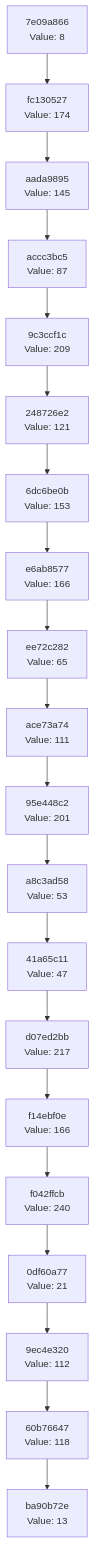
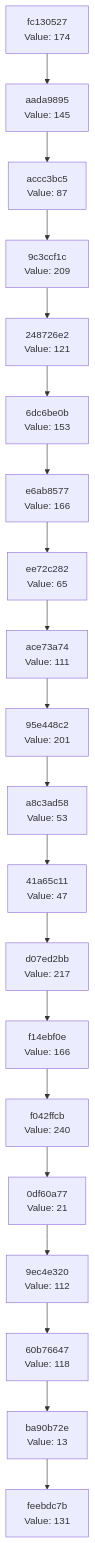
The diagram in docs/CHAIN_VISUALIZATION.md (Abhisheksinha1506/hash-chain-evolver), drawn with Mermaid before and after one commit. The commit also changed 1 other file, not shown here.

Commit message:
Evolution Step

````diff
--- a/docs/CHAIN_VISUALIZATION.md
+++ b/docs/CHAIN_VISUALIZATION.md
@@ -3,42 +3,42 @@
 ```mermaid
 graph TD
-    C0["ba90b72e<br/>Value: 13"]
-    C1["60b76647<br/>Value: 118"]
+    C0["feebdc7b<br/>Value: 131"]
+    C1["ba90b72e<br/>Value: 13"]
     C1 --> C0
-    C2["9ec4e320<br/>Value: 112"]
+    C2["60b76647<br/>Value: 118"]
     C2 --> C1
-    C3["0df60a77<br/>Value: 21"]
+    C3["9ec4e320<br/>Value: 112"]
     C3 --> C2
-    C4["f042ffcb<br/>Value: 240"]
+    C4["0df60a77<br/>Value: 21"]
     C4 --> C3
-    C5["f14ebf0e<br/>Value: 166"]
+    C5["f042ffcb<br/>Value: 240"]
     C5 --> C4
-    C6["d07ed2bb<br/>Value: 217"]
+    C6["f14ebf0e<br/>Value: 166"]
     C6 --> C5
-    C7["41a65c11<br/>Value: 47"]
+    C7["d07ed2bb<br/>Value: 217"]
     C7 --> C6
-    C8["a8c3ad58<br/>Value: 53"]
+    C8["41a65c11<br/>Value: 47"]
     C8 --> C7
-    C9["95e448c2<br/>Value: 201"]
+    C9["a8c3ad58<br/>Value: 53"]
     C9 --> C8
-    C10["ace73a74<br/>Value: 111"]
+    C10["95e448c2<br/>Value: 201"]
     C10 --> C9
-    C11["ee72c282<br/>Value: 65"]
+    C11["ace73a74<br/>Value: 111"]
     C11 --> C10
-    C12["e6ab8577<br/>Value: 166"]
+    C12["ee72c282<br/>Value: 65"]
     C12 --> C11
-    C13["6dc6be0b<br/>Value: 153"]
+    C13["e6ab8577<br/>Value: 166"]
     C13 --> C12
-    C14["248726e2<br/>Value: 121"]
+    C14["6dc6be0b<br/>Value: 153"]
     C14 --> C13
-    C15["9c3ccf1c<br/>Value: 209"]
+    C15["248726e2<br/>Value: 121"]
     C15 --> C14
-    C16["accc3bc5<br/>Value: 87"]
+    C16["9c3ccf1c<br/>Value: 209"]
     C16 --> C15
-    C17["aada9895<br/>Value: 145"]
+    C17["accc3bc5<br/>Value: 87"]
     C17 --> C16
-    C18["fc130527<br/>Value: 174"]
+    C18["aada9895<br/>Value: 145"]
     C18 --> C17
-    C19["7e09a866<br/>Value: 8"]
+    C19["fc130527<br/>Value: 174"]
     C19 --> C18
 ```
````
